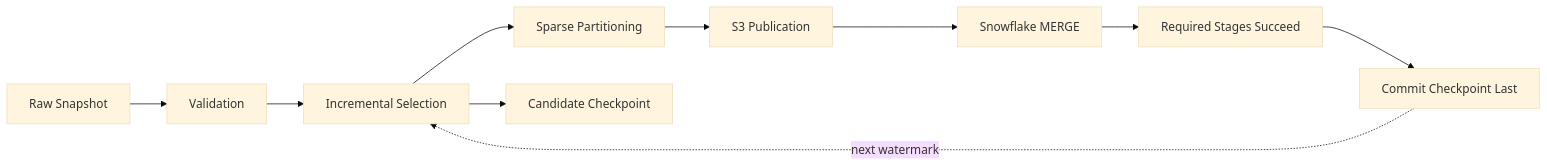
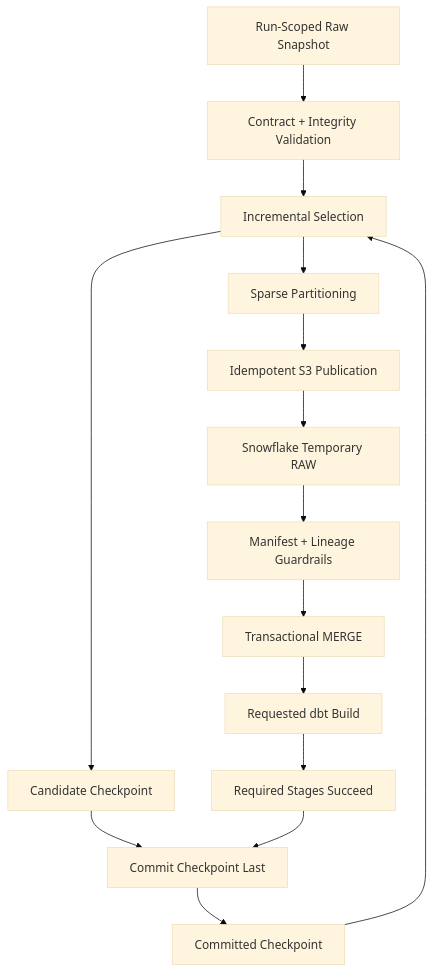
One commit to samahmedQA/fraud-dispute-analytics-pipeline changed the first of 2 diagrams in README.md. Above: the diagram before and after it, drawn with Mermaid (base theme). The commit also changed other lines of this file and 13 other files, not shown here.

````diff
--- a/README.md
+++ b/README.md
@@ -38,12 +17,17 @@
 ```mermaid
-flowchart LR
- A[Raw Snapshot] --> B[Validation]
- B --> C[Incremental Selection]
- C --> D[Sparse Partitioning]
- D --> E[S3 Publication]
- E --> F[Snowflake MERGE]
- F --> G[Required Stages Succeed]
- G --> H[Commit Checkpoint Last]
- C --> I[Candidate Checkpoint]
- H -. next watermark .-> C
+flowchart TD
+    A[Run-Scoped Raw Snapshot] --> B[Contract + Integrity Validation]
+    B --> C[Incremental Selection]
+    J[Committed Checkpoint] --> C
+    C --> D[Sparse Partitioning]
+    C --> K[Candidate Checkpoint]
+    D --> E[Idempotent S3 Publication]
+    E --> F[Snowflake Temporary RAW]
+    F --> G[Manifest + Lineage Guardrails]
+    G --> H[Transactional MERGE]
+    H --> I[Requested dbt Build]
+    I --> L[Required Stages Succeed]
+    K --> M[Commit Checkpoint Last]
+    L --> M
+    M --> J
 ```
````
